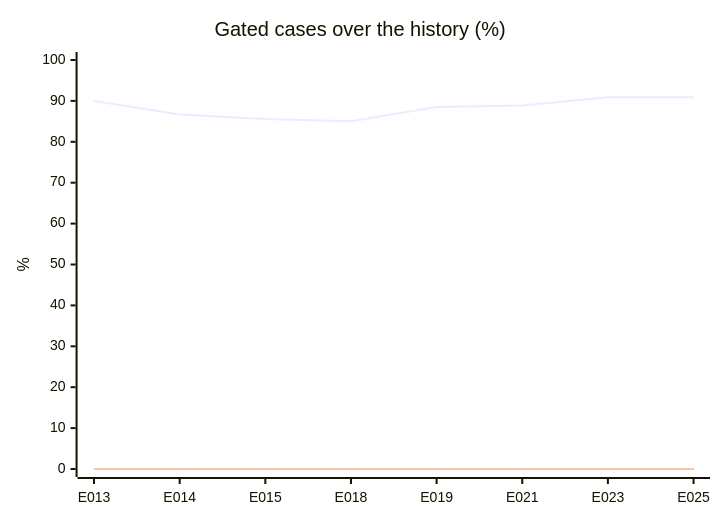
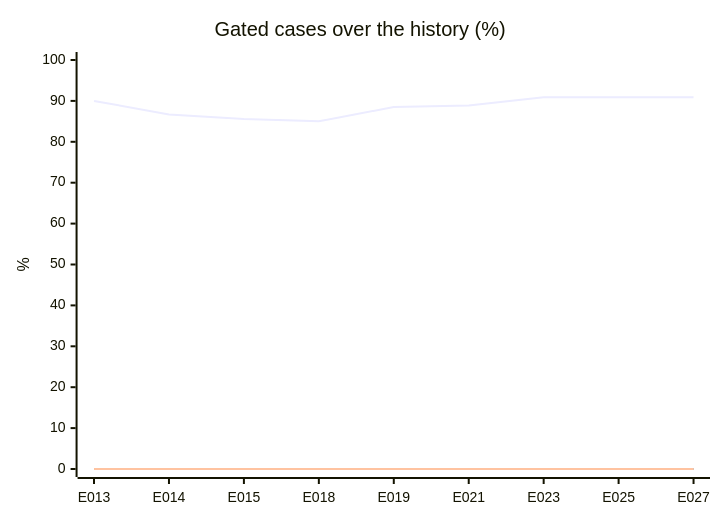
The first of 2 diagrams in evals/report.md (acarbonellb/anti-fraud-agent), drawn with Mermaid before and after one commit. The commit also changed other lines of this file and 7 other files, not shown here.

````diff
--- a/evals/report.md
+++ b/evals/report.md
@@ -51,9 +52,9 @@
 ```mermaid
 xychart-beta
   title "Gated cases over the history (%)"
-  x-axis [E013, E014, E015, E018, E019, E021, E023, E025]
+  x-axis [E013, E014, E015, E018, E019, E021, E023, E025, E027]
   y-axis "%" 0 --> 100
-  line [90, 86.7, 85.6, 85, 88.5, 88.9, 90.9, 90.9]
-  line [0, 0, 0, 0, 0, 0, 0, 0]
-  line [0, 0, 0, 0, 0, 0, 0, 0]
+  line [90, 86.7, 85.6, 85, 88.5, 88.9, 90.9, 90.9, 90.9]
+  line [0, 0, 0, 0, 0, 0, 0, 0, 0]
+  line [0, 0, 0, 0, 0, 0, 0, 0, 0]
 ```
````
